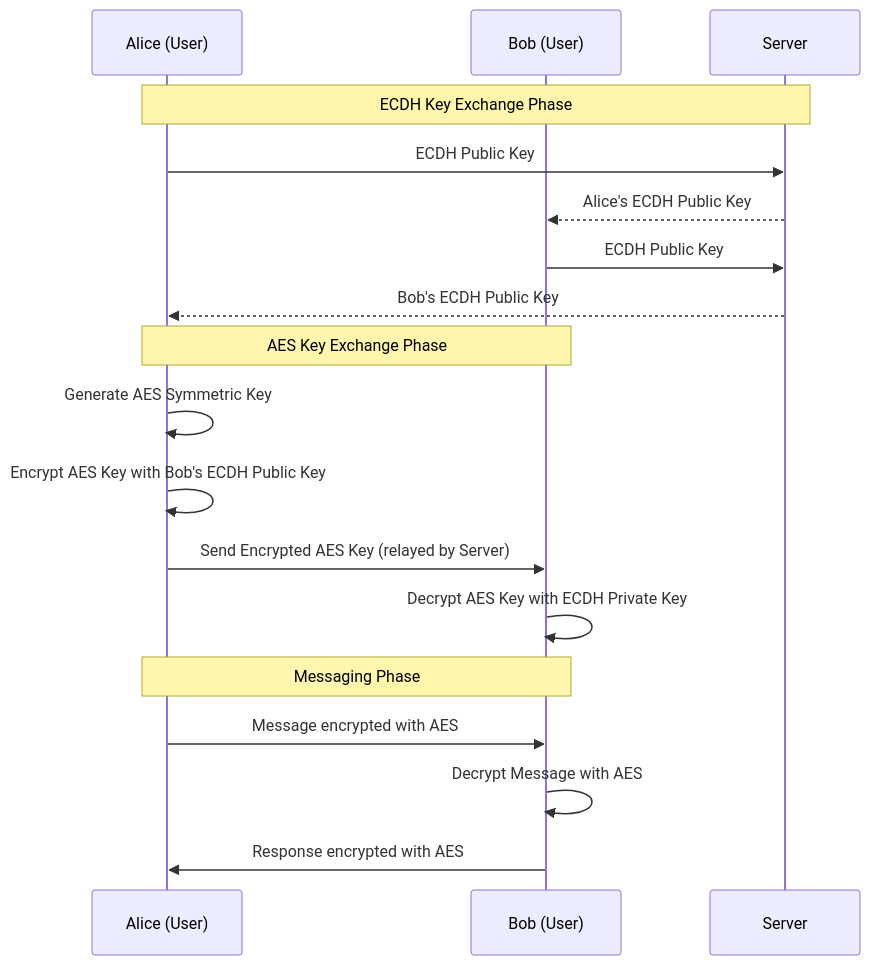
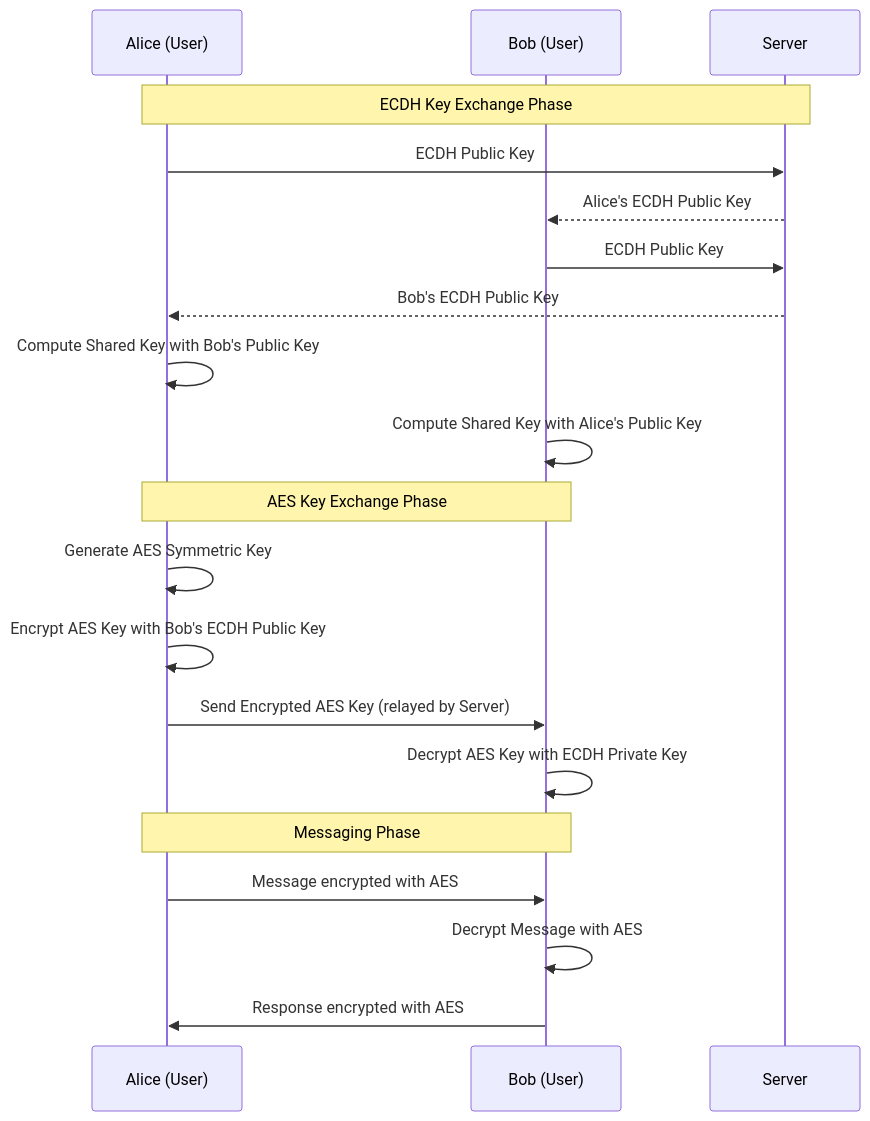
One commit to GuillaumeDorschner/RTU-CryptoChatApp changed the diagram in README.md. Above: the diagram before and after it, drawn with Mermaid. The commit also changed other lines of this file, not shown here.

````diff
--- a/README.md
+++ b/README.md
@@ -48,23 +48,25 @@
 ```mermaid
 sequenceDiagram
     participant A as Alice (User)
     participant B as Bob (User)
     participant S as Server
 
     Note over A,S: ECDH Key Exchange Phase
         A->>S: ECDH Public Key
         S-->>B: Alice's ECDH Public Key
         B->>S: ECDH Public Key
         S-->>A: Bob's ECDH Public Key
+        A->>A: Compute Shared Key with Bob's Public Key
+        B->>B: Compute Shared Key with Alice's Public Key
 
     Note over A,B: AES Key Exchange Phase
         A->>A: Generate AES Symmetric Key
         A->>A: Encrypt AES Key with Bob's ECDH Public Key
         A->>B: Send Encrypted AES Key (relayed by Server)
         B->>B: Decrypt AES Key with ECDH Private Key
 
     Note over A,B: Messaging Phase
         A->>B: Message encrypted with AES
         B->>B: Decrypt Message with AES
         B->>A: Response encrypted with AES
 ```
````
